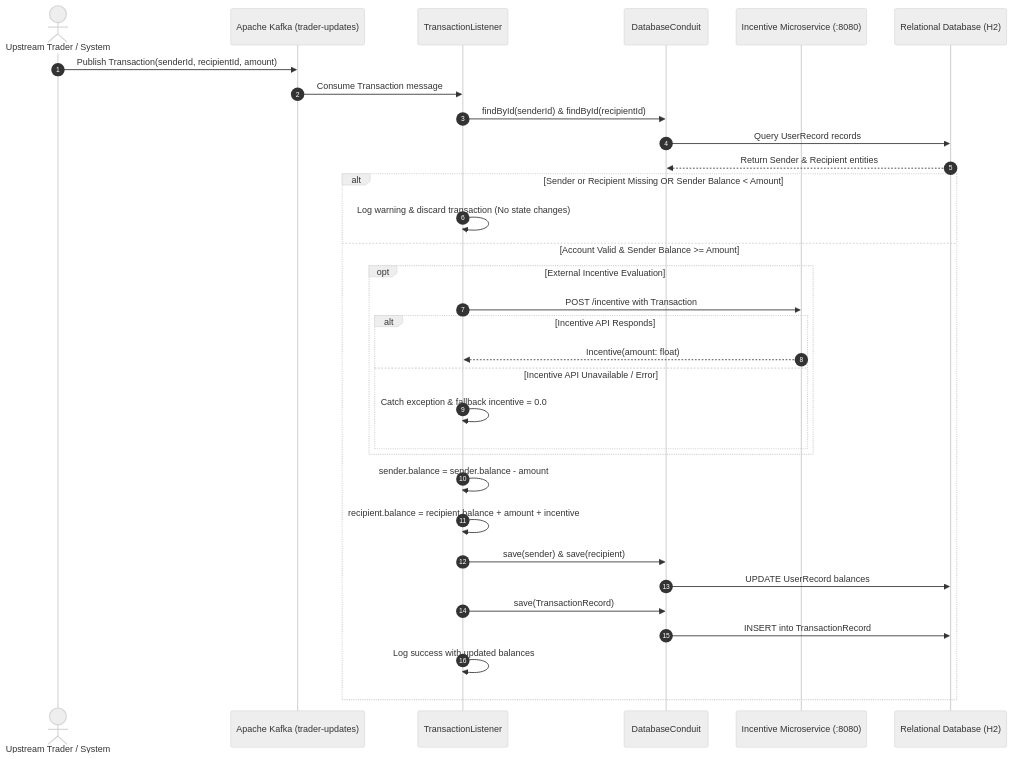
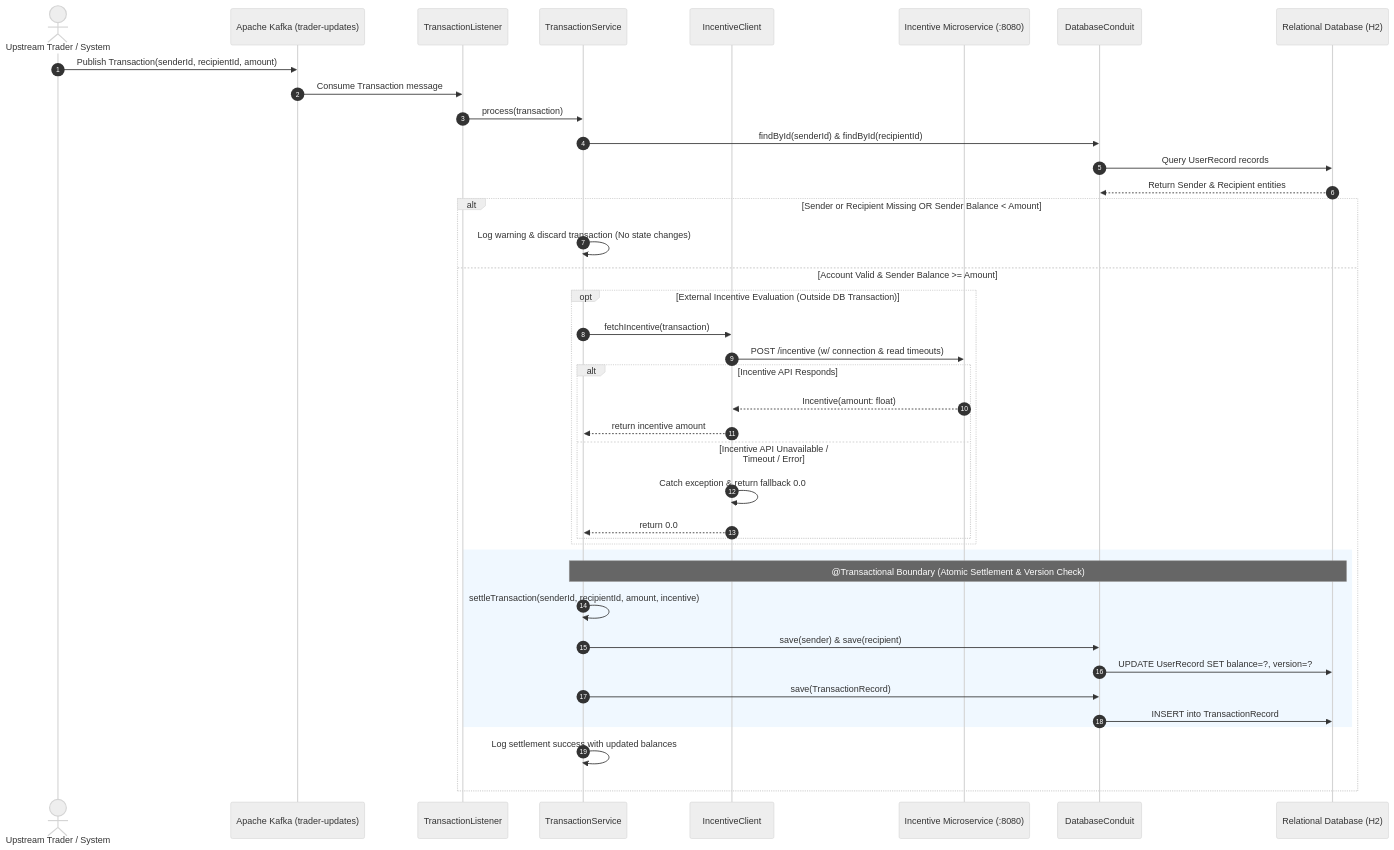
One commit to adil-r120/MidasCore-Real-Time-Financial-Transaction-Processing-System changed the third of 3 diagrams in README.md. Above: the diagram before and after it, drawn with Mermaid (neutral theme). The commit also changed other lines of this file and 7 other files, not shown here.

Commit message:
feat: add @Transactional settlement, @Version optimistic locking, and resilient HTTP client with timeouts

````diff
--- a/README.md
+++ b/README.md
@@ -248,37 +253,45 @@
 ```mermaid
 sequenceDiagram
     autonumber
     actor Trader as Upstream Trader / System
     participant Kafka as Apache Kafka (trader-updates)
     participant Listener as TransactionListener
+    participant Service as TransactionService
+    participant Client as IncentiveClient
+    participant IncentiveAPI as Incentive Microservice (:8080)
     participant Conduit as DatabaseConduit
-    participant IncentiveAPI as Incentive Microservice (:8080)
     participant DB as Relational Database (H2)
 
     Trader->>Kafka: Publish Transaction(senderId, recipientId, amount)
     Kafka->>Listener: Consume Transaction message
-    Listener->>Conduit: findById(senderId) & findById(recipientId)
+    Listener->>Service: process(transaction)
+    Service->>Conduit: findById(senderId) & findById(recipientId)
     Conduit->>DB: Query UserRecord records
     DB-->>Conduit: Return Sender & Recipient entities
 
     alt Sender or Recipient Missing OR Sender Balance < Amount
-        Listener->>Listener: Log warning & discard transaction (No state changes)
+        Service->>Service: Log warning & discard transaction (No state changes)
     else Account Valid & Sender Balance >= Amount
-        opt External Incentive Evaluation
-            Listener->>IncentiveAPI: POST /incentive with Transaction
+        opt External Incentive Evaluation (Outside DB Transaction)
+            Service->>Client: fetchIncentive(transaction)
+            Client->>IncentiveAPI: POST /incentive (w/ connection & read timeouts)
             alt Incentive API Responds
-                IncentiveAPI-->>Listener: Incentive(amount: float)
-            else Incentive API Unavailable / Error
-                Listener->>Listener: Catch exception & fallback incentive = 0.0
+                IncentiveAPI-->>Client: Incentive(amount: float)
+                Client-->>Service: return incentive amount
+            else Incentive API Unavailable / Timeout / Error
+                Client->>Client: Catch exception & return fallback 0.0
+                Client-->>Service: return 0.0
             end
         end
 
-        Listener->>Listener: sender.balance = sender.balance - amount
-        Listener->>Listener: recipient.balance = recipient.balance + amount + incentive
-        Listener->>Conduit: save(sender) & save(recipient)
-        Conduit->>DB: UPDATE UserRecord balances
-        Listener->>Conduit: save(TransactionRecord)
-        Conduit->>DB: INSERT into TransactionRecord
-        Listener->>Listener: Log success with updated balances
+        rect rgb(240, 248, 255)
+            note over Service,DB: @Transactional Boundary (Atomic Settlement & Version Check)
+            Service->>Service: settleTransaction(senderId, recipientId, amount, incentive)
+            Service->>Conduit: save(sender) & save(recipient)
+            Conduit->>DB: UPDATE UserRecord SET balance=?, version=?
+            Service->>Conduit: save(TransactionRecord)
+            Conduit->>DB: INSERT into TransactionRecord
+        end
+        Service->>Service: Log settlement success with updated balances
     end
 ```
````
